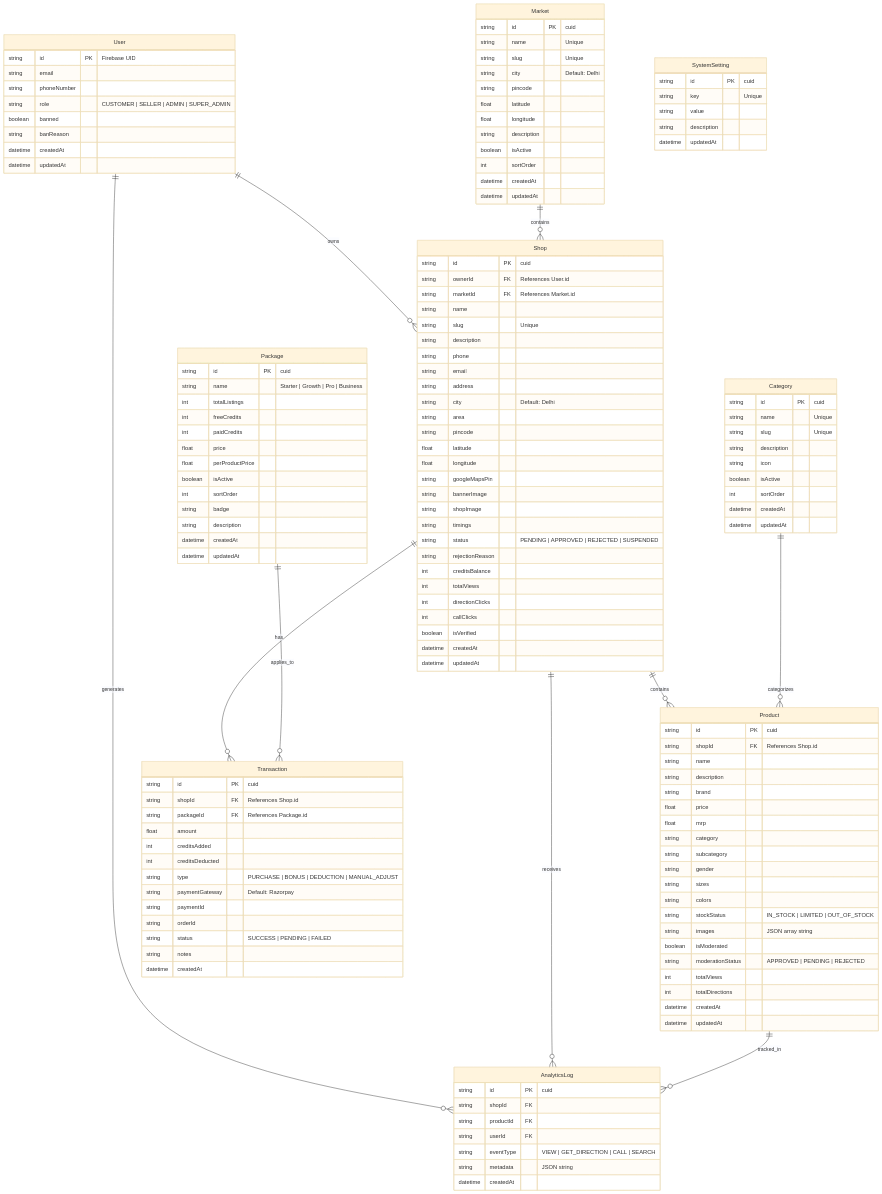
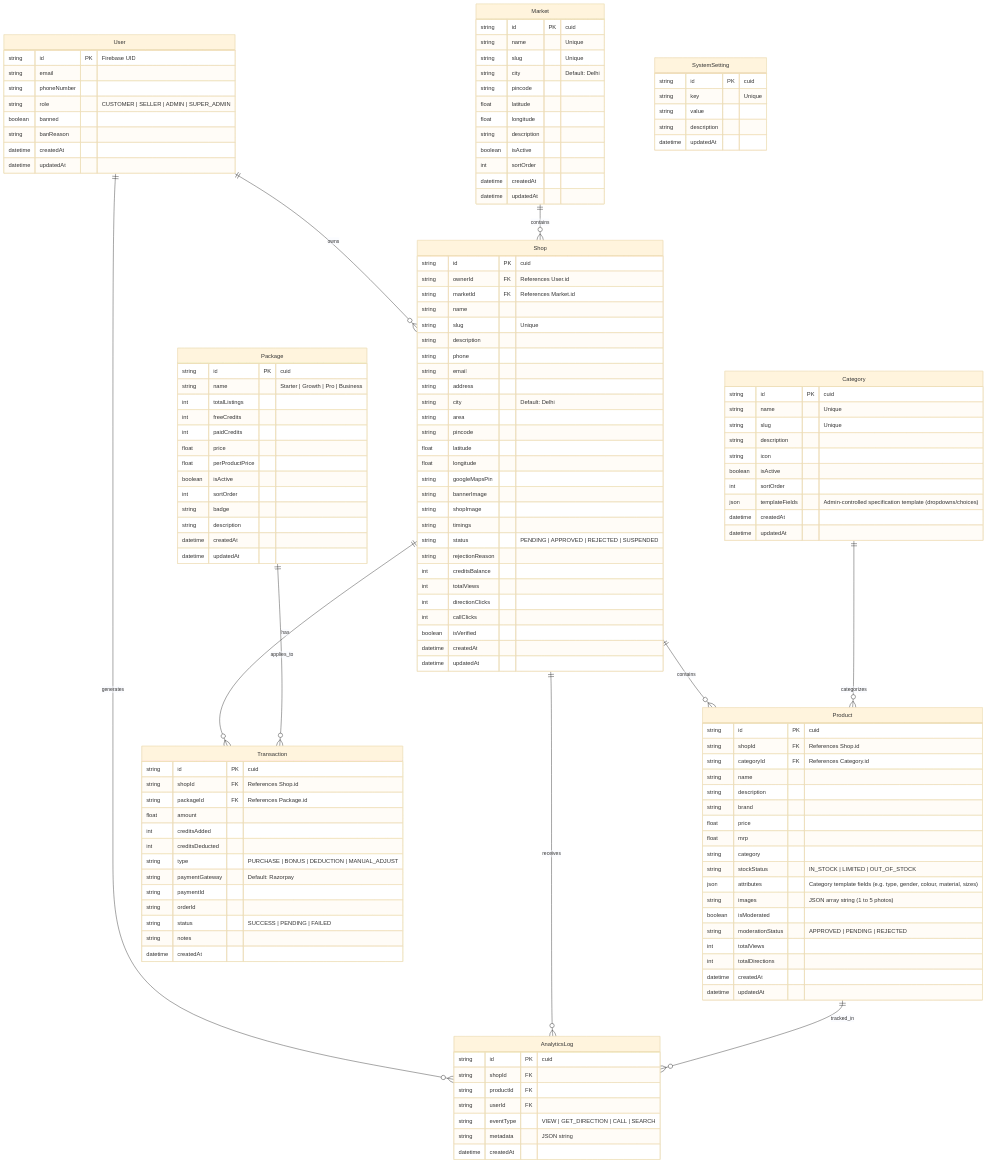
Before and after one commit to Amirulalimallick2005/VyomShop-Internal: the first of 2 diagrams in backend/docs/FLOW.md, drawn with Mermaid (base theme). The commit also changed 22 other files, not shown here.

Commit message:
feat: category template json & attributes

```diff
--- a/backend/docs/FLOW.md
+++ b/backend/docs/FLOW.md
@@ -100,18 +100,16 @@
     Product {
         string id PK "cuid"
         string shopId FK "References Shop.id"
+        string categoryId FK "References Category.id"
         string name
         string description
         string brand
         float price
         float mrp
         string category
-        string subcategory
-        string gender
-        string sizes
-        string colors
         string stockStatus "IN_STOCK | LIMITED | OUT_OF_STOCK"
-        string images "JSON array string"
+        json attributes "Category template fields (e.g. type, gender, colour, material, sizes)"
+        string images "JSON array string (1 to 5 photos)"
         boolean isModerated
         string moderationStatus "APPROVED | PENDING | REJECTED"
         int totalViews
@@ -168,6 +166,7 @@
         string icon
         boolean isActive
         int sortOrder
+        json templateFields "Admin-controlled specification template (dropdowns/choices)"
         datetime createdAt
         datetime updatedAt
     }
```
